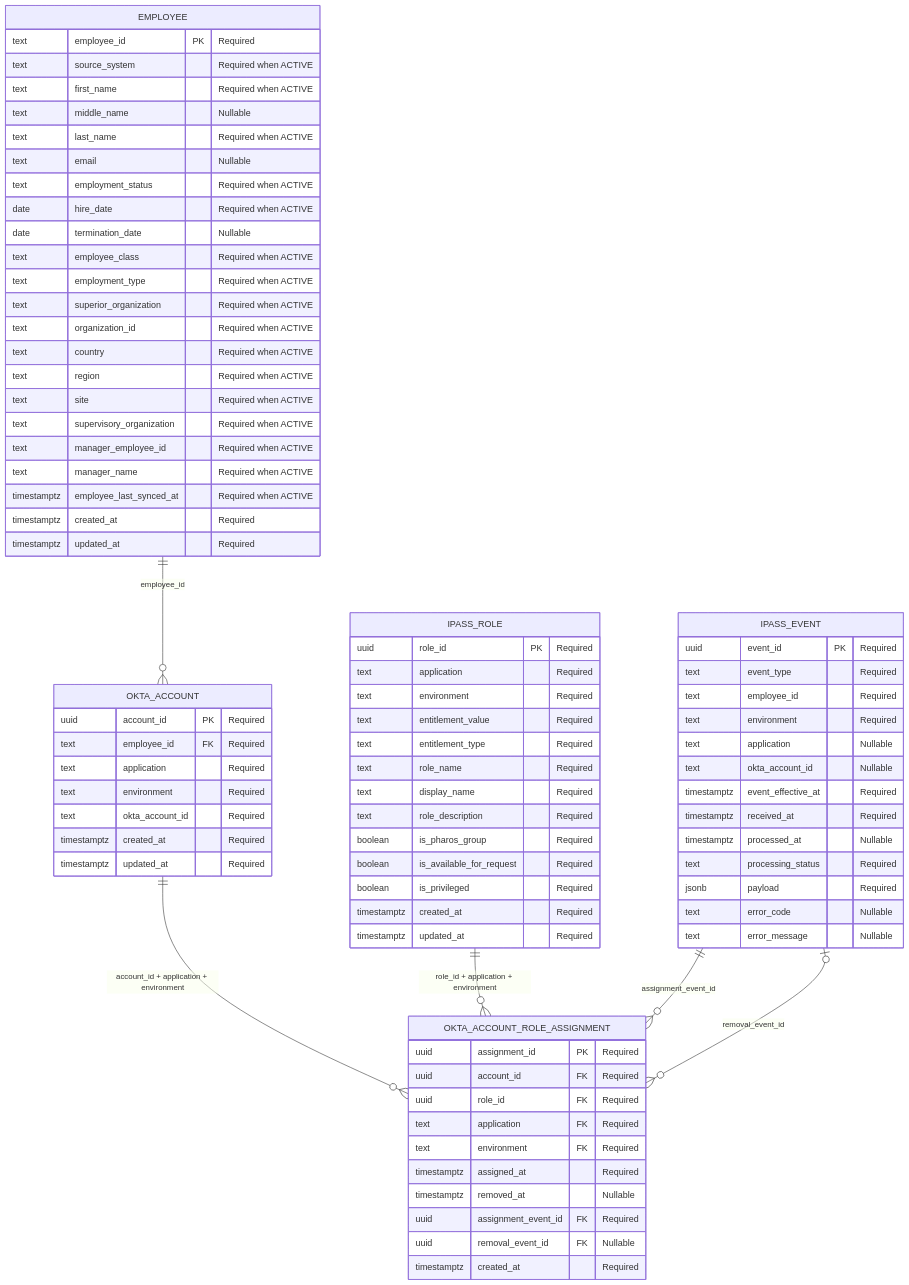
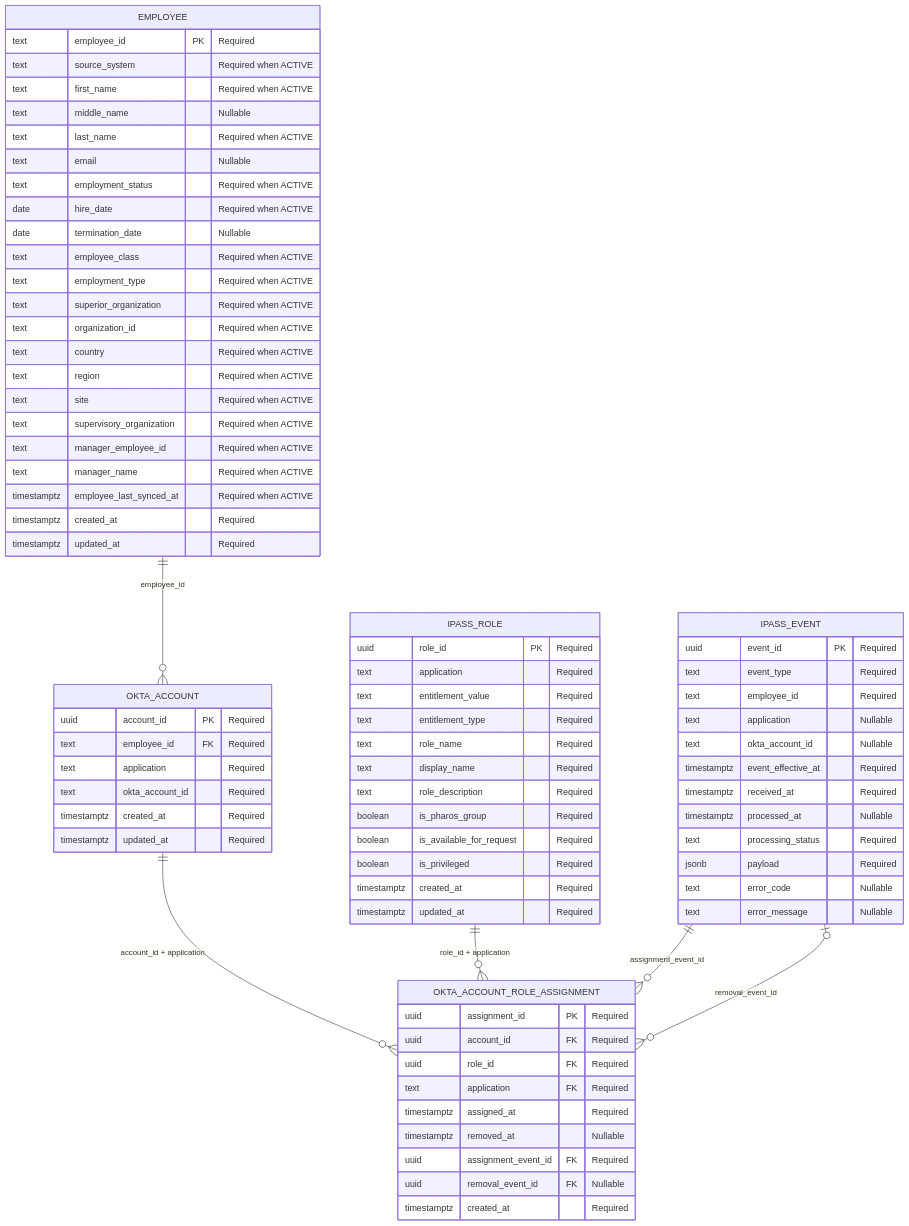
The diagram in docs/pharos-ingestion-full-erd.mmd (bvm-arjun108/user-access-management), drawn with Mermaid before and after one commit. The commit also changed 41 other files, not shown here.

```diff
--- a/docs/pharos-ingestion-full-erd.mmd
+++ b/docs/pharos-ingestion-full-erd.mmd
@@ -1,86 +1,82 @@
 erDiagram
     EMPLOYEE ||--o{ OKTA_ACCOUNT : "employee_id"
-    OKTA_ACCOUNT ||--o{ OKTA_ACCOUNT_ROLE_ASSIGNMENT : "account_id + application + environment"
-    IPASS_ROLE ||--o{ OKTA_ACCOUNT_ROLE_ASSIGNMENT : "role_id + application + environment"
+    OKTA_ACCOUNT ||--o{ OKTA_ACCOUNT_ROLE_ASSIGNMENT : "account_id + application"
+    IPASS_ROLE ||--o{ OKTA_ACCOUNT_ROLE_ASSIGNMENT : "role_id + application"
     IPASS_EVENT ||--o{ OKTA_ACCOUNT_ROLE_ASSIGNMENT : "assignment_event_id"
     IPASS_EVENT o|--o{ OKTA_ACCOUNT_ROLE_ASSIGNMENT : "removal_event_id"
 
     EMPLOYEE {
         text employee_id PK "Required"
         text source_system "Required when ACTIVE"
         text first_name "Required when ACTIVE"
         text middle_name "Nullable"
         text last_name "Required when ACTIVE"
         text email "Nullable"
         text employment_status "Required when ACTIVE"
         date hire_date "Required when ACTIVE"
         date termination_date "Nullable"
         text employee_class "Required when ACTIVE"
         text employment_type "Required when ACTIVE"
         text superior_organization "Required when ACTIVE"
         text organization_id "Required when ACTIVE"
         text country "Required when ACTIVE"
         text region "Required when ACTIVE"
         text site "Required when ACTIVE"
         text supervisory_organization "Required when ACTIVE"
         text manager_employee_id "Required when ACTIVE"
         text manager_name "Required when ACTIVE"
         timestamptz employee_last_synced_at "Required when ACTIVE"
         timestamptz created_at "Required"
         timestamptz updated_at "Required"
     }
 
     OKTA_ACCOUNT {
         uuid account_id PK "Required"
         text employee_id FK "Required"
         text application "Required"
-        text environment "Required"
         text okta_account_id "Required"
         timestamptz created_at "Required"
         timestamptz updated_at "Required"
     }
 
     IPASS_ROLE {
         uuid role_id PK "Required"
         text application "Required"
-        text environment "Required"
         text entitlement_value "Required"
         text entitlement_type "Required"
         text role_name "Required"
         text display_name "Required"
         text role_description "Required"
         boolean is_pharos_group "Required"
         boolean is_available_for_request "Required"
         boolean is_privileged "Required"
         timestamptz created_at "Required"
         timestamptz updated_at "Required"
     }
 
     IPASS_EVENT {
         uuid event_id PK "Required"
         text event_type "Required"
         text employee_id "Required"
-        text environment "Required"
         text application "Nullable"
         text okta_account_id "Nullable"
         timestamptz event_effective_at "Required"
         timestamptz received_at "Required"
         timestamptz processed_at "Nullable"
         text processing_status "Required"
         jsonb payload "Required"
         text error_code "Nullable"
         text error_message "Nullable"
     }
 
     OKTA_ACCOUNT_ROLE_ASSIGNMENT {
         uuid assignment_id PK "Required"
         uuid account_id FK "Required"
         uuid role_id FK "Required"
         text application FK "Required"
-        text environment FK "Required"
         timestamptz assigned_at "Required"
         timestamptz removed_at "Nullable"
         uuid assignment_event_id FK "Required"
         uuid removal_event_id FK "Nullable"
         timestamptz created_at "Required"
     }
```
